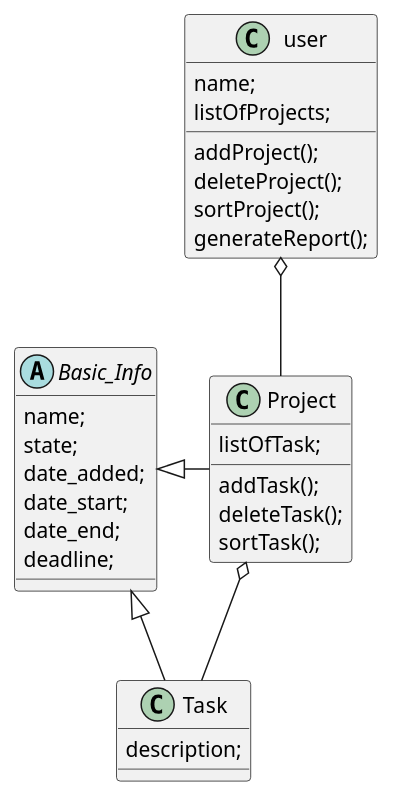
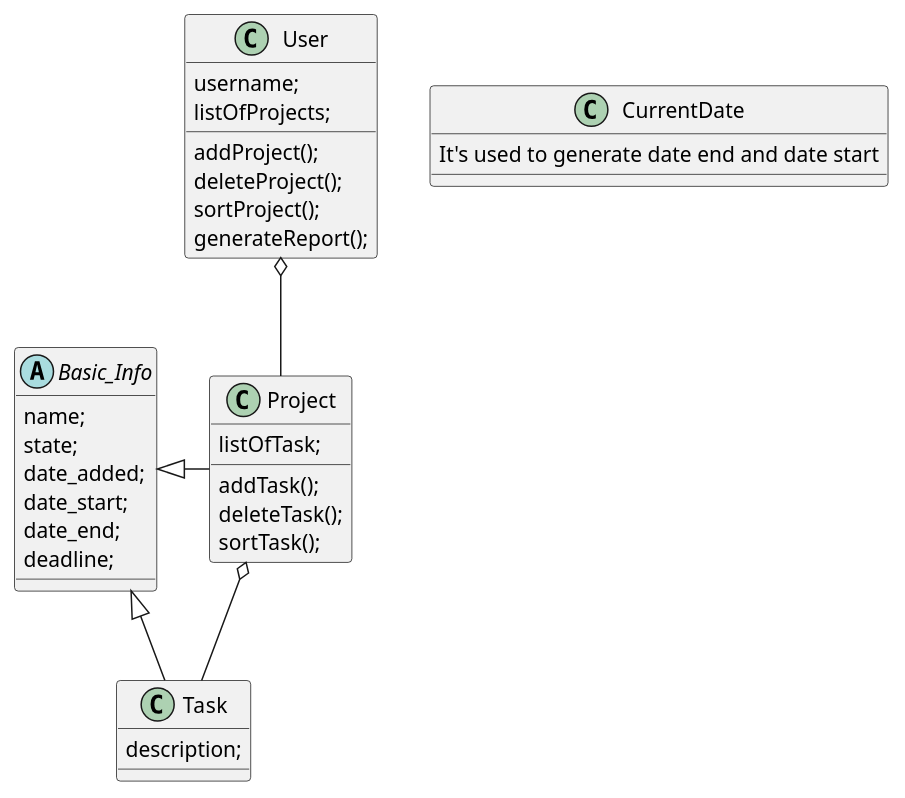
Before and after one commit to SoliGabiAnn/Task-manager: the diagram in Aplikacja_Do_Zarzadzania/Aplikacaj.puml, drawn with PlantUML. The commit also changed 6 other files, not shown here.

```diff
--- a/Aplikacja_Do_Zarzadzania/Aplikacaj.puml
+++ b/Aplikacja_Do_Zarzadzania/Aplikacaj.puml
@@ -1,45 +1,47 @@
 @startuml
 'https://plantuml.com/class-diagram
 
 class Basic_Info
 class Task
-class user
+class User
 class Project
 
 Project o-- Task
-user o-- Project
+User o-- Project
 Basic_Info <|- Task
 Basic_Info <|- Project
 
 abstract class Basic_Info{
 name;
 state;
 date_added;
 date_start;
 date_end;
 deadline;
 }
 
 class Task{
 description;
 }
 
 class Project{
 listOfTask;
 
 addTask();
 deleteTask();
 sortTask();
 }
 
-class user{
-name;
+class User{
+username;
 listOfProjects;
 addProject();
 deleteProject();
 sortProject();
 generateReport();
 }
 
-
+class CurrentDate{
+It's used to generate date end and date start
+}
 @enduml
```
